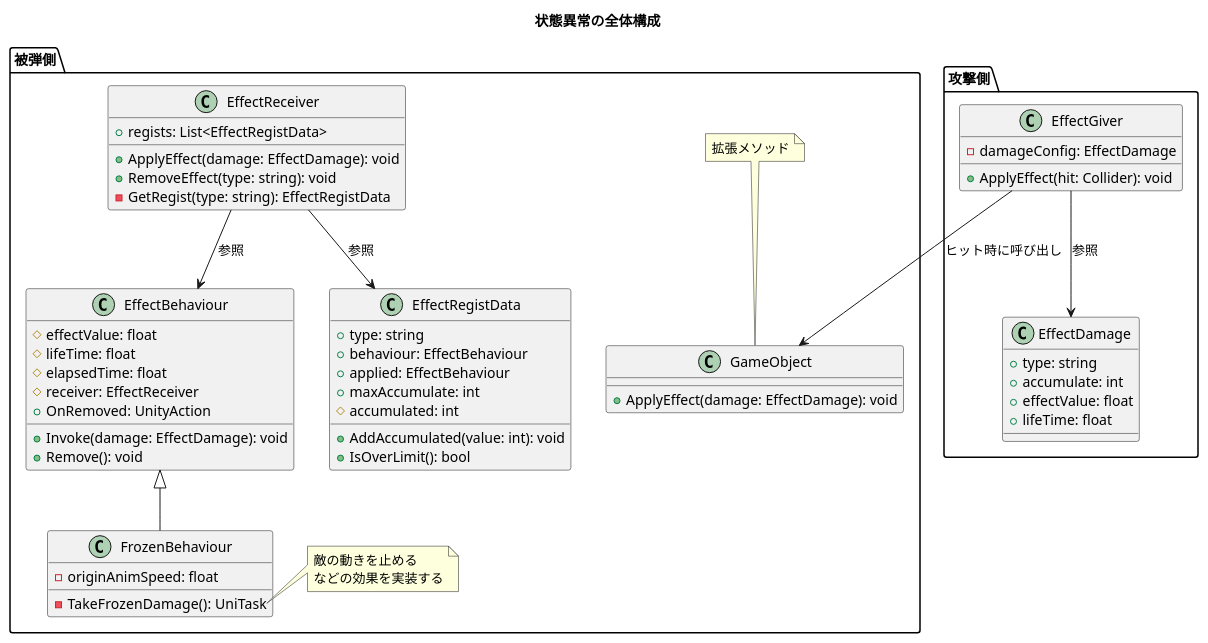
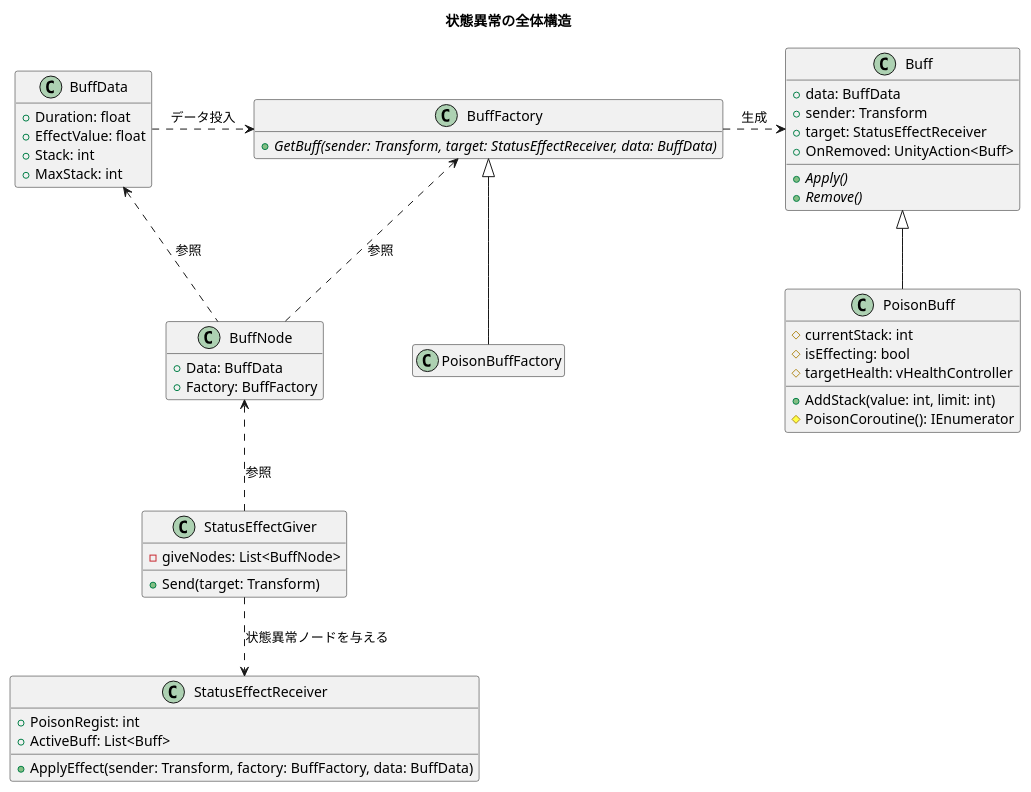
Before and after one commit to Iroha71/unity-docs: the diagram in public/designs/status_effect_class.pu, drawn with PlantUML. The commit also changed 4 other files, not shown here.

```diff
--- a/public/designs/status_effect_class.pu
+++ b/public/designs/status_effect_class.pu
@@ -1,70 +1,61 @@
 @startuml status_effect_class
-title 状態異常の全体構成
+title 状態異常の全体構造
+hide empty member
 
-package 攻撃側 {
-    class EffectDamage {
-        + type: string
-        + accumulate: int
-        + effectValue: float
-        + lifeTime: float
-    }
-
-    class EffectGiver {
-        - damageConfig: EffectDamage
-        + ApplyEffect(hit: Collider): void
-    }
+class BuffData {
+  + Duration: float
+  + EffectValue: float
+  + Stack: int
+  + MaxStack: int
 }
 
-package 被弾側 {
-    class GameObject {
-        + ApplyEffect(damage: EffectDamage): void
-    }
-    note top of GameObject
-        拡張メソッド
-    end note
-    
-    class EffectBehaviour {
-        # effectValue: float
-        # lifeTime: float
-        # elapsedTime: float
-        # receiver: EffectReceiver
-        + OnRemoved: UnityAction
-        + Invoke(damage: EffectDamage): void
-        + Remove(): void
-    }
-
-    class EffectRegistData {
-        + type: string
-        + behaviour: EffectBehaviour
-        + applied: EffectBehaviour
-        + maxAccumulate: int
-        # accumulated: int
-        + AddAccumulated(value: int): void
-        + IsOverLimit(): bool
-    }
-
-    class EffectReceiver {
-        + regists: List<EffectRegistData>
-        + ApplyEffect(damage: EffectDamage): void
-        + RemoveEffect(type: string): void
-        - GetRegist(type: string): EffectRegistData
-    }
-
-    class FrozenBehaviour {
-        - originAnimSpeed: float
-        - TakeFrozenDamage(): UniTask
-    }
-
-    note right of FrozenBehaviour::TakeFrozenDamage
-        敵の動きを止める
-        などの効果を実装する
-    end note
+class Buff {
+  + data: BuffData
+  + sender: Transform
+  + target: StatusEffectReceiver
+  + OnRemoved: UnityAction<Buff>
+  {abstract} + Apply()
+  {abstract} + Remove()
 }
 
-EffectBehaviour <|-- FrozenBehaviour
-EffectGiver --> EffectDamage : 参照
-EffectReceiver --> EffectBehaviour : 参照
-EffectReceiver --> EffectRegistData : 参照
-EffectGiver --> GameObject : ヒット時に呼び出し
+class PoisonBuff {
+  # currentStack: int
+  # isEffecting: bool
+  # targetHealth: vHealthController
+  + AddStack(value: int, limit: int)
+  # PoisonCoroutine(): IEnumerator
+}
+
+class BuffFactory {
+  {abstract} + GetBuff(sender: Transform, target: StatusEffectReceiver, data: BuffData)
+}
+
+class PoisonBuffFactory {
+}
+
+class StatusEffectReceiver {
+  + PoisonRegist: int
+  + ActiveBuff: List<Buff>
+  + ApplyEffect(sender: Transform, factory: BuffFactory, data: BuffData)
+}
+
+class StatusEffectGiver {
+  - giveNodes: List<BuffNode>
+  + Send(target: Transform)
+}
+
+class BuffNode {
+  + Data: BuffData
+  + Factory: BuffFactory
+}
+
+BuffData .right.> BuffFactory : データ投入
+BuffFactory .right.> Buff : 生成
+Buff <|-- PoisonBuff
+BuffFactory <|-- PoisonBuffFactory
+BuffData <.down. BuffNode : 参照
+BuffFactory <.. BuffNode : 参照
+StatusEffectGiver .up.> BuffNode : 参照
+StatusEffectGiver ..> StatusEffectReceiver : 状態異常ノードを与える
 
 @enduml
```
